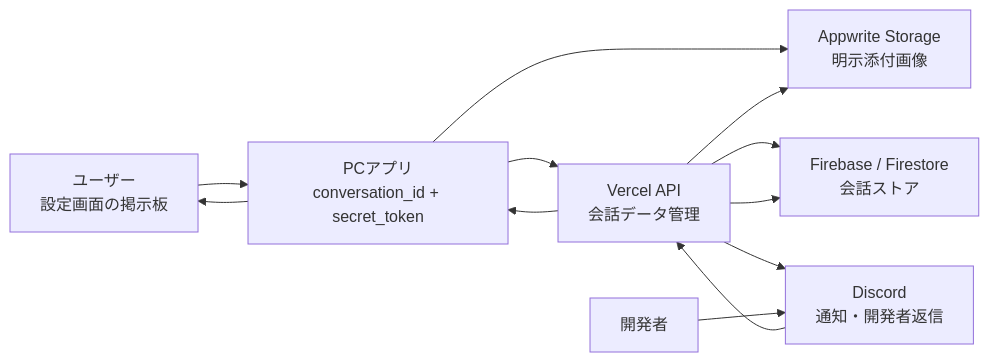
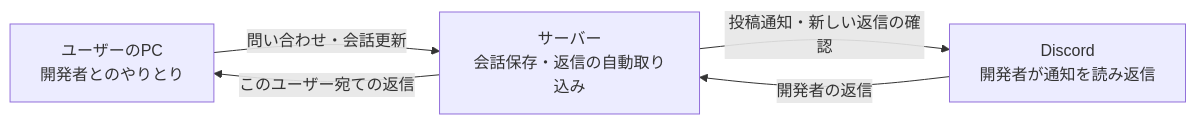
The first of 4 diagrams in docs-v2/007_COMMUNICATION.md (ore-no-fusen/ore-no-fusen), drawn with Mermaid before and after one commit. The commit also changed other lines of this file and 8 other files, not shown here.

Commit message:
feat: prepare server-owned Discord reply ingestion and simplify sequences

````diff
--- a/docs-v2/007_COMMUNICATION.md
+++ b/docs-v2/007_COMMUNICATION.md
@@ -91,22 +93,10 @@
 ```mermaid
 flowchart LR
-    User["ユーザー<br>設定画面の掲示板"]
-    PC["PCアプリ<br>conversation_id + secret_token"]
-    API["Vercel API<br>会話データ管理"]
-    Firestore["Firebase / Firestore<br>会話ストア"]
-    Storage["Appwrite Storage<br>明示添付画像"]
-    Discord["Discord<br>通知・開発者返信"]
-    Dev["開発者"]
-
-    User --> PC
-    PC --> API
-    PC --> Storage
-    API --> Storage
-    API --> Firestore
-    API --> Discord
-    Dev --> Discord
-    Discord --> API
-    API --> Firestore
-    API --> PC
-    PC --> User
+    PC["ユーザーのPC<br>開発者とのやりとり"]
+    Server["サーバー<br>会話保存・返信の自動取り込み"]
+    Discord["Discord<br>開発者が通知を読み返信"]
+    PC -->|問い合わせ・会話更新| Server
+    Server -->|このユーザー宛ての返信| PC
+    Server -->|投稿通知・新しい返信の確認| Discord
+    Discord -->|開発者の返信| Server
 ```
````
